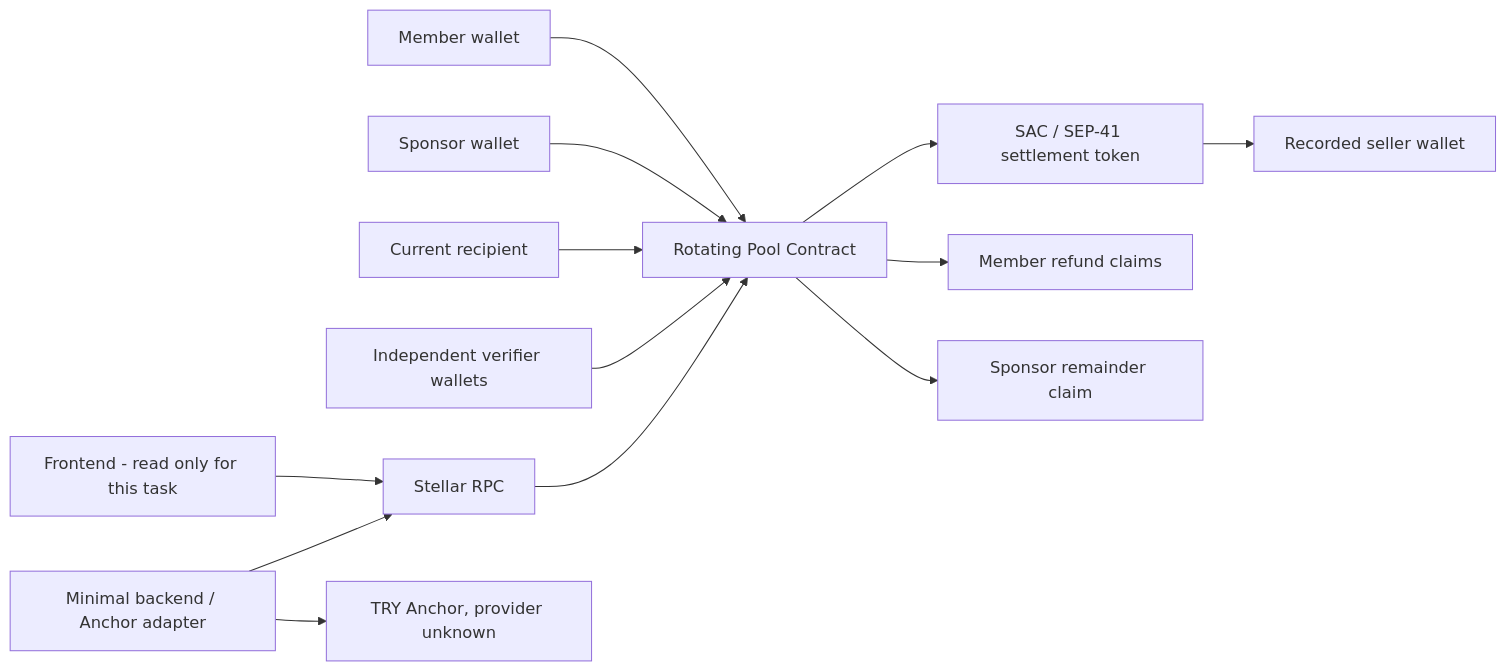
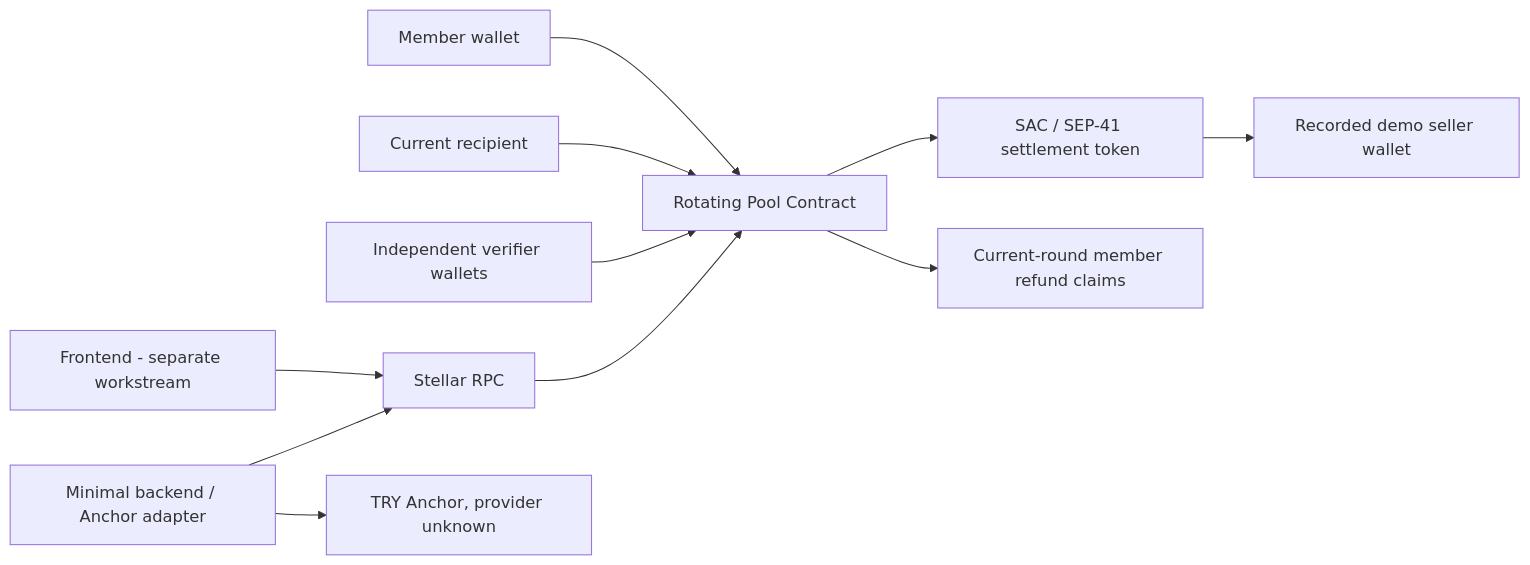
Before and after one commit to yusufarslan44/Stellerpool: the diagram in docs/IMPLEMENTATION_PLAN.md, drawn with Mermaid. The commit also changed other lines of this file, not shown here.

````diff
--- a/docs/IMPLEMENTATION_PLAN.md
+++ b/docs/IMPLEMENTATION_PLAN.md
@@ -56,15 +45,13 @@
 ```mermaid
 flowchart LR
   Member[Member wallet] --> Pool[Rotating Pool Contract]
-  Sponsor[Sponsor wallet] --> Pool
   Recipient[Current recipient] --> Pool
   Verifier[Independent verifier wallets] --> Pool
   Pool --> SAC[SAC / SEP-41 settlement token]
-  SAC --> Seller[Recorded seller wallet]
-  Pool --> Refunds[Member refund claims]
-  Pool --> SponsorRemainder[Sponsor remainder claim]
-  Frontend[Frontend - read only for this task] --> RPC[Stellar RPC]
+  SAC --> Seller[Recorded demo seller wallet]
+  Pool --> Refunds[Current-round member refund claims]
+  Frontend[Frontend - separate workstream] --> RPC[Stellar RPC]
   Backend[Minimal backend / Anchor adapter] --> RPC
   Backend --> Anchor[TRY Anchor, provider unknown]
   RPC --> Pool
 ```
````
